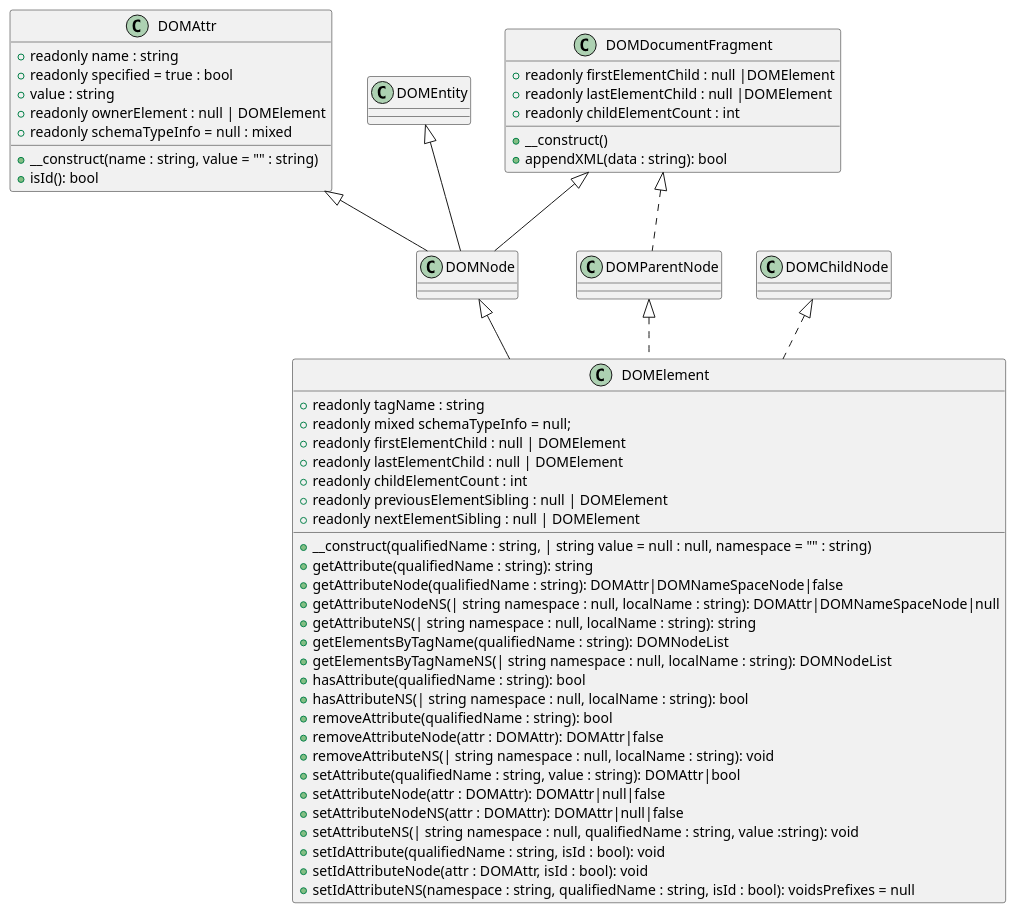
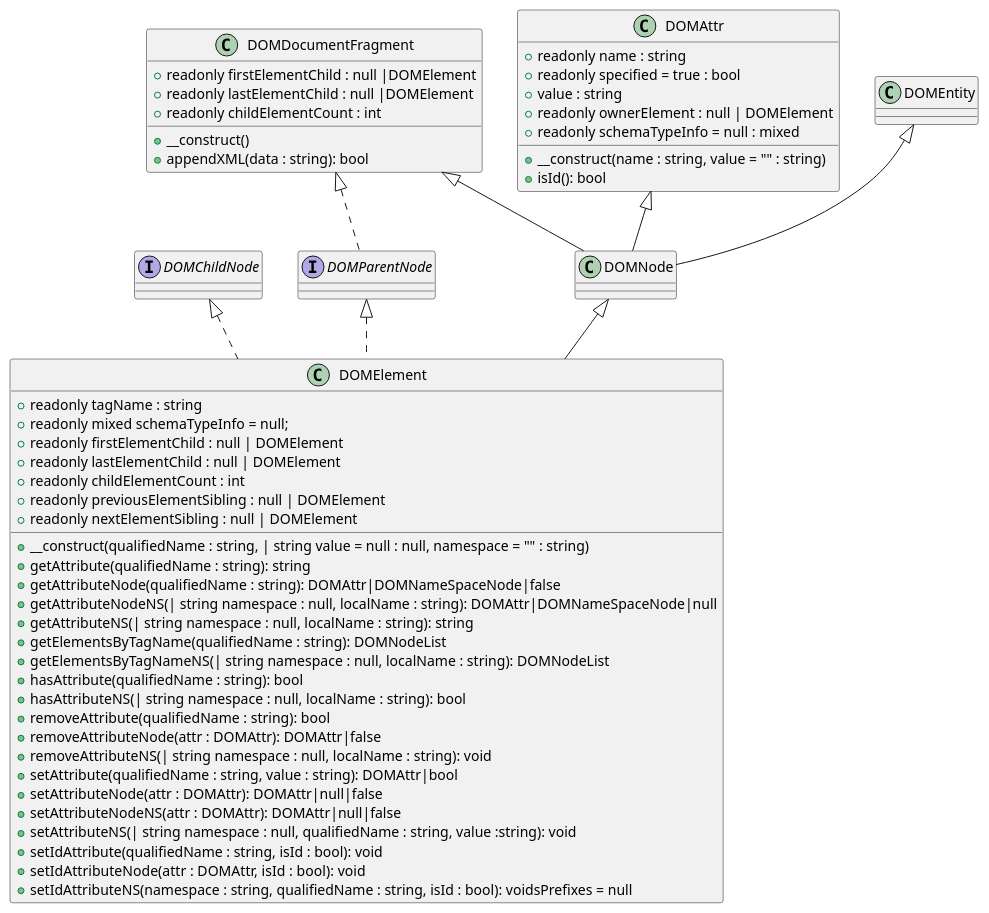
Before and after one commit to kurt-krueckeberg/understanding-dom: the diagram in dom/other.puml, drawn with PlantUML. The commit also changed 5 other files, not shown here.

```diff
--- a/dom/other.puml
+++ b/dom/other.puml
@@ -1,59 +1,61 @@
 @startuml
+interface DOMChildNode
+interface DOMParentNode
 DOMNode       <|-- DOMElement
 DOMParentNode <|.. DOMElement
 DOMChildNode  <|.. DOMElement
 
 class DOMElement {
   +readonly tagName : string
   +readonly mixed schemaTypeInfo = null;
   +readonly firstElementChild : null | DOMElement
   +readonly lastElementChild : null | DOMElement
   +readonly childElementCount : int
   +readonly previousElementSibling : null | DOMElement
   +readonly nextElementSibling : null | DOMElement
   +__construct(qualifiedName : string, | string value = null : null, namespace = "" : string)
   +getAttribute(qualifiedName : string): string
   +getAttributeNode(qualifiedName : string): DOMAttr|DOMNameSpaceNode|false
   +getAttributeNodeNS(| string namespace : null, localName : string): DOMAttr|DOMNameSpaceNode|null
   +getAttributeNS(| string namespace : null, localName : string): string
   +getElementsByTagName(qualifiedName : string): DOMNodeList
   +getElementsByTagNameNS(| string namespace : null, localName : string): DOMNodeList
   +hasAttribute(qualifiedName : string): bool
   +hasAttributeNS(| string namespace : null, localName : string): bool
   +removeAttribute(qualifiedName : string): bool
   +removeAttributeNode(attr : DOMAttr): DOMAttr|false
   +removeAttributeNS(| string namespace : null, localName : string): void
   +setAttribute(qualifiedName : string, value : string): DOMAttr|bool
   +setAttributeNode(attr : DOMAttr): DOMAttr|null|false
   +setAttributeNodeNS(attr : DOMAttr): DOMAttr|null|false
   +setAttributeNS(| string namespace : null, qualifiedName : string, value :string): void
   +setIdAttribute(qualifiedName : string, isId : bool): void
   +setIdAttributeNode(attr : DOMAttr, isId : bool): void
   +setIdAttributeNS(namespace : string, qualifiedName : string, isId : bool): voidsPrefixes = null
 }
 
 DOMAttr <|-- DOMNode 
 class DOMAttr {
   +readonly name : string
   +readonly specified = true : bool
   +value : string
   +readonly ownerElement : null | DOMElement
   +readonly schemaTypeInfo = null : mixed
   +__construct(name : string, value = "" : string)
   +isId(): bool
 }
 
 DOMEntity <|-- DOMNode
 
 DOMDocumentFragment <|-- DOMNode
 
 DOMDocumentFragment <|.. DOMParentNode
 
 class DOMDocumentFragment {
   +readonly firstElementChild : null |DOMElement
   +readonly lastElementChild : null |DOMElement
   +readonly childElementCount : int
   +__construct()
   +appendXML(data : string): bool
 }
 @enduml
```
